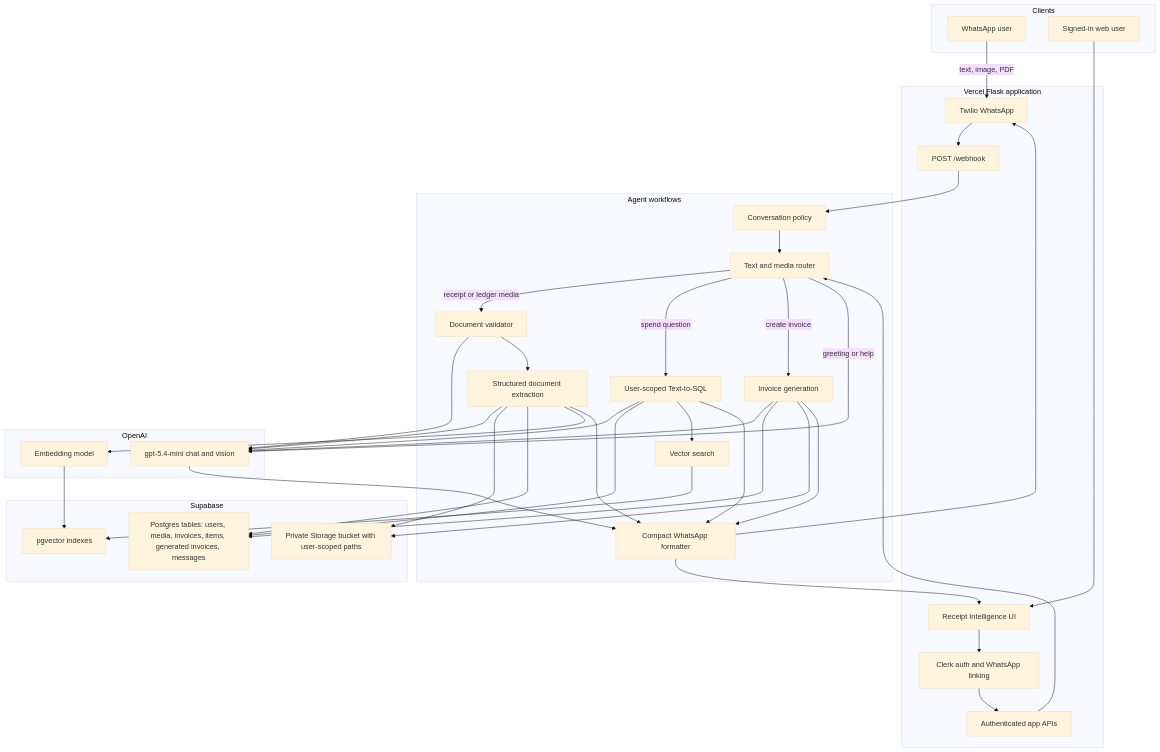
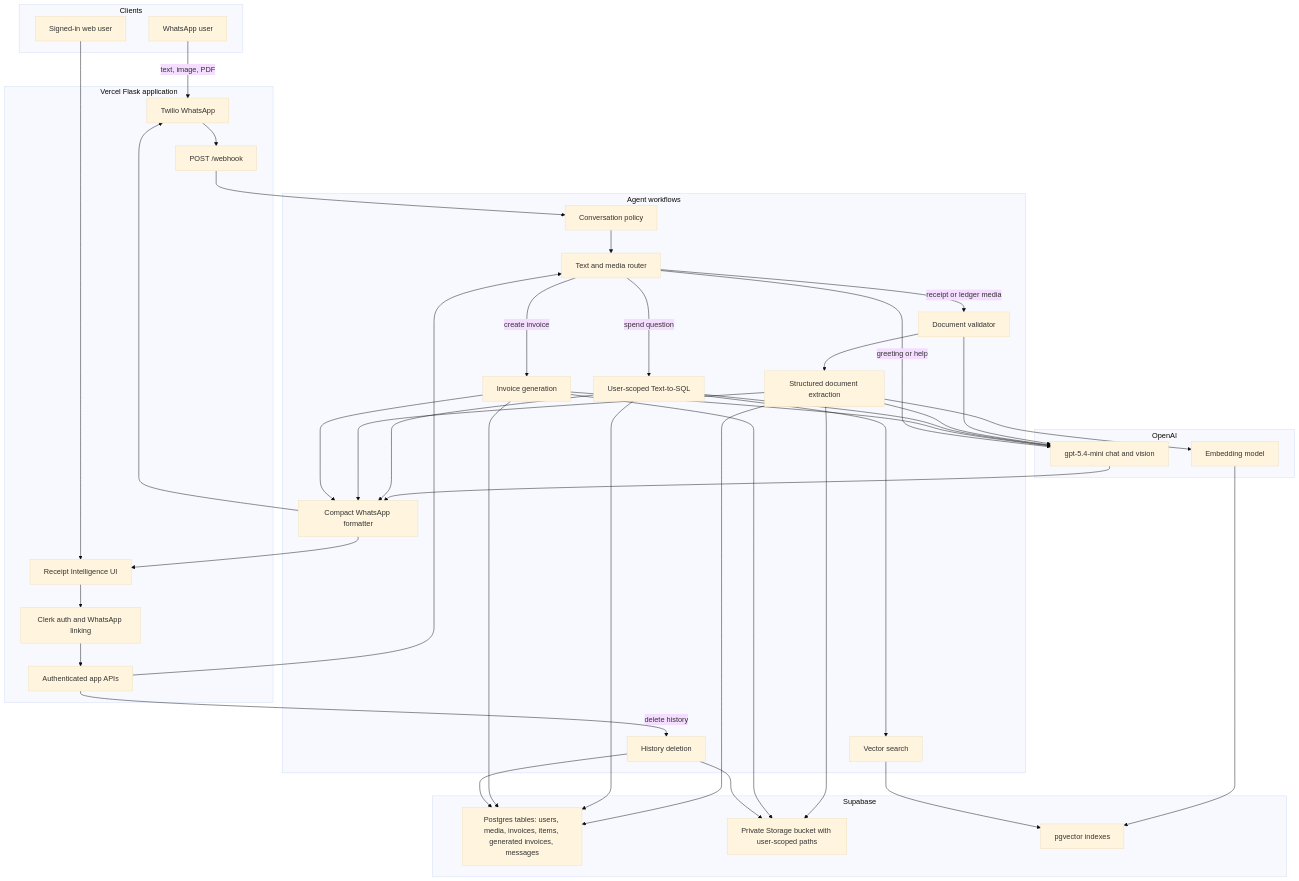
The diagram in README.md (Abby263/whatsapp-invoice-assistant), drawn with Mermaid (base theme) before and after one commit. The commit also changed other lines of this file and 20 other files, not shown here.

Commit message:
Improve parsing quality and history deletion

````diff
--- a/README.md
+++ b/README.md
@@ -55,74 +57,79 @@
 ```mermaid
 flowchart TB
     subgraph Clients["Clients"]
         WU["WhatsApp user"]
         WEB["Signed-in web user"]
     end
 
     subgraph Edge["Vercel Flask application"]
         TW["Twilio WhatsApp"]
         WH["POST /webhook"]
         DASH["Receipt Intelligence UI"]
         AUTH["Clerk auth and WhatsApp linking"]
         API["Authenticated app APIs"]
     end
 
     subgraph Workflows["Agent workflows"]
         POLICY["Conversation policy"]
         ROUTER["Text and media router"]
         VALIDATOR["Document validator"]
         EXTRACTOR["Structured document extraction"]
         SQL["User-scoped Text-to-SQL"]
         RAG["Vector search"]
         GENERATOR["Invoice generation"]
+        HIST["History deletion"]
         FORMATTER["Compact WhatsApp formatter"]
     end
 
     subgraph AI["OpenAI"]
         CHAT["gpt-5.4-mini chat and vision"]
         EMBED["Embedding model"]
     end
 
     subgraph Data["Supabase"]
         DB["Postgres tables: users, media, invoices, items, generated invoices, messages"]
         STORAGE["Private Storage bucket with user-scoped paths"]
         VECTOR["pgvector indexes"]
     end
 
     WU -->|"text, image, PDF"| TW
     TW --> WH
     WEB --> DASH
     DASH --> AUTH
     AUTH --> API
     API --> ROUTER
     WH --> POLICY
     POLICY --> ROUTER
 
     ROUTER -->|"receipt or ledger media"| VALIDATOR
     VALIDATOR --> CHAT
     VALIDATOR --> EXTRACTOR
     EXTRACTOR --> CHAT
     EXTRACTOR --> STORAGE
     EXTRACTOR --> DB
     EXTRACTOR --> EMBED
     EMBED --> VECTOR
 
     ROUTER -->|"spend question"| SQL
     SQL --> CHAT
     SQL --> DB
     SQL --> RAG
     RAG --> VECTOR
 
     ROUTER -->|"create invoice"| GENERATOR
     GENERATOR --> CHAT
     GENERATOR --> DB
     GENERATOR --> STORAGE
 
+    API -->|"delete history"| HIST
+    HIST --> DB
+    HIST --> STORAGE
+
     ROUTER -->|"greeting or help"| CHAT
     CHAT --> FORMATTER
     SQL --> FORMATTER
     EXTRACTOR --> FORMATTER
     GENERATOR --> FORMATTER
     FORMATTER --> TW
     FORMATTER --> DASH
 ```
````
